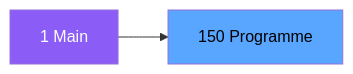
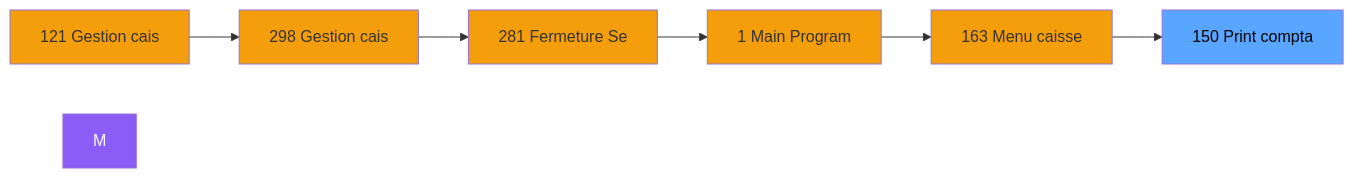
The second of 3 diagrams in .openspec/specs/ADH-IDE-150.md (thonyAGP/magic-migration), drawn with Mermaid before and after one commit. The commit also changed other lines of this file and 323 other files, not shown here.

````diff
--- a/.openspec/specs/ADH-IDE-150.md
+++ b/.openspec/specs/ADH-IDE-150.md
@@ -101,8 +113,21 @@
 ```mermaid
 graph LR
-    M[1 Main]
-    T[150 Programme]
-    M --> T
+    N121[121 Gestion cais]
+    N298[298 Gestion cais]
+    N281[281 Fermeture Se]
+    N1[1 Main Program]
+    N163[163 Menu caisse ]
+    T[150 Print compta]
+    N121 --> N298
+    N298 --> N281
+    N281 --> N1
+    N1 --> N163
+    N163 --> T
     style M fill:#8b5cf6,color:#fff
+    style N121 fill:#f59e0b
+    style N298 fill:#f59e0b
+    style N281 fill:#f59e0b
+    style N1 fill:#f59e0b
+    style N163 fill:#f59e0b
     style T fill:#58a6ff,color:#000
 ```
````
